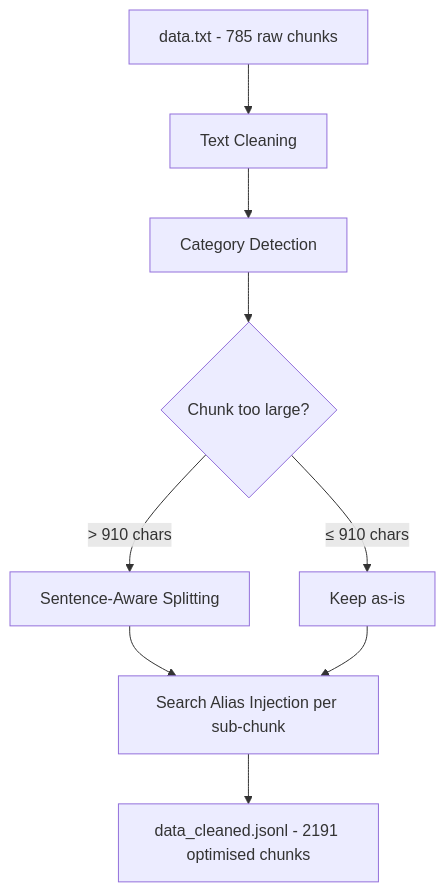
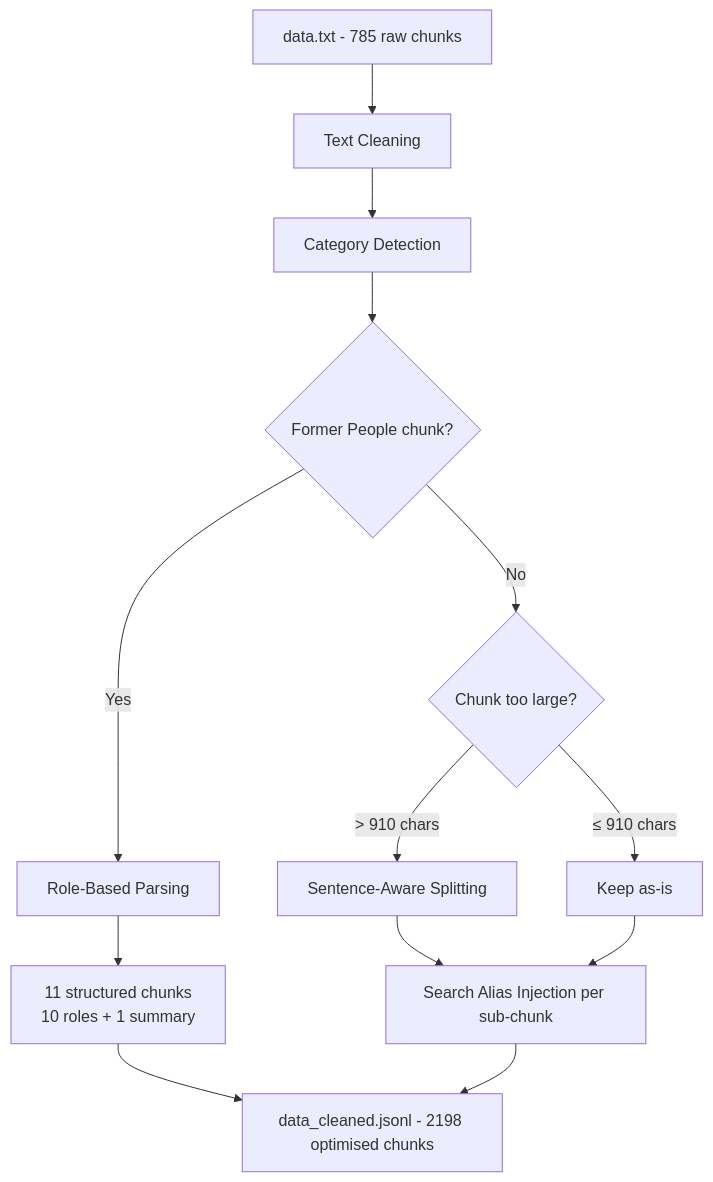
The third of 16 diagrams in WORKING.md (arxhr007/sahrdaya_ragx), drawn with Mermaid before and after one commit. The commit also changed other lines of this file and 6 other files, not shown here.

Commit message:
feat: former people SQL table, routing, and docs updates

````diff
--- a/WORKING.md
+++ b/WORKING.md
@@ -117,11 +117,15 @@
 ```mermaid
 flowchart TD
     A[data.txt - 785 raw chunks] --> B[ Text Cleaning]
     B --> C[ Category Detection]
-    C --> D{Chunk too large?}
+    C --> FP{Former People chunk?}
+    FP -->|Yes| FPS[ Role-Based Parsing]
+    FPS --> FPR["11 structured chunks<br/>10 roles + 1 summary"]
+    FPR --> H
+    FP -->|No| D{Chunk too large?}
     D -->|> 910 chars| E[ Sentence-Aware Splitting]
     D -->|≤ 910 chars| F[Keep as-is]
     E --> G[ Search Alias Injection per sub-chunk]
     F --> G
-    G --> H[data_cleaned.jsonl - 2191 optimised chunks]
+    G --> H[data_cleaned.jsonl - 2198 optimised chunks]
 ```
````
